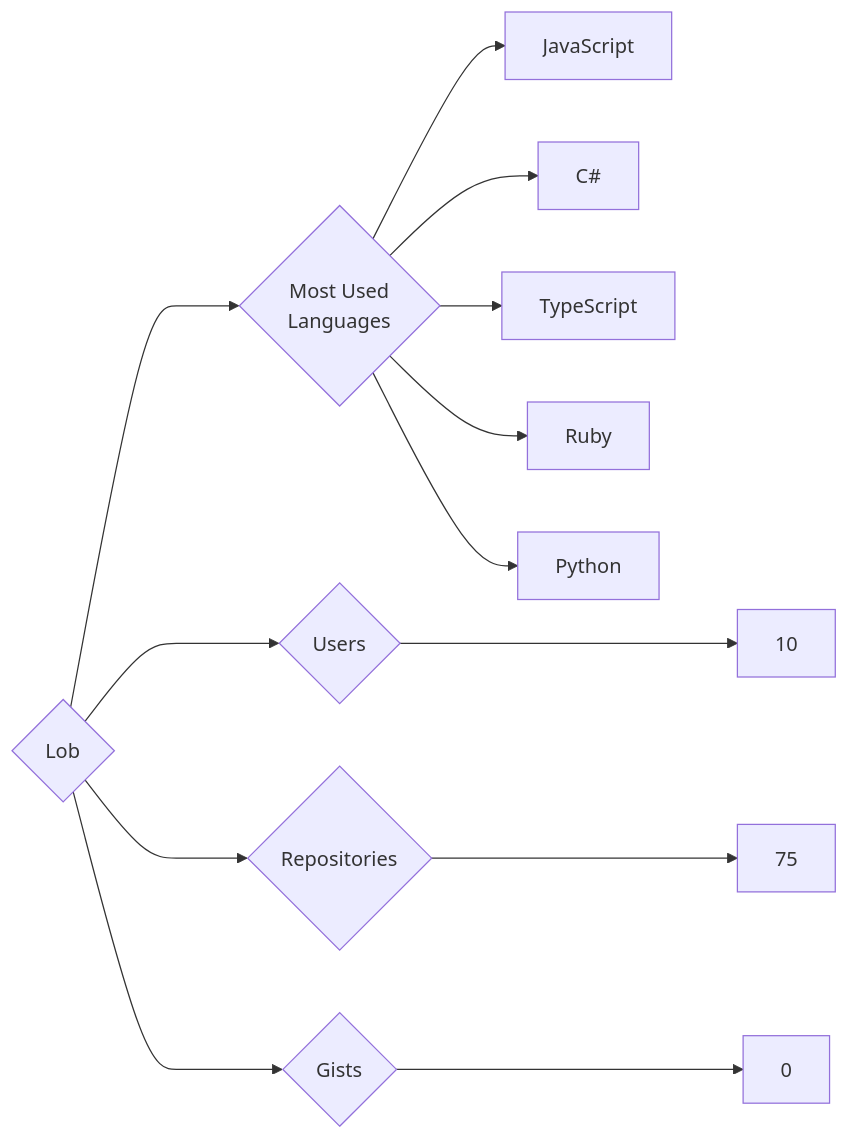
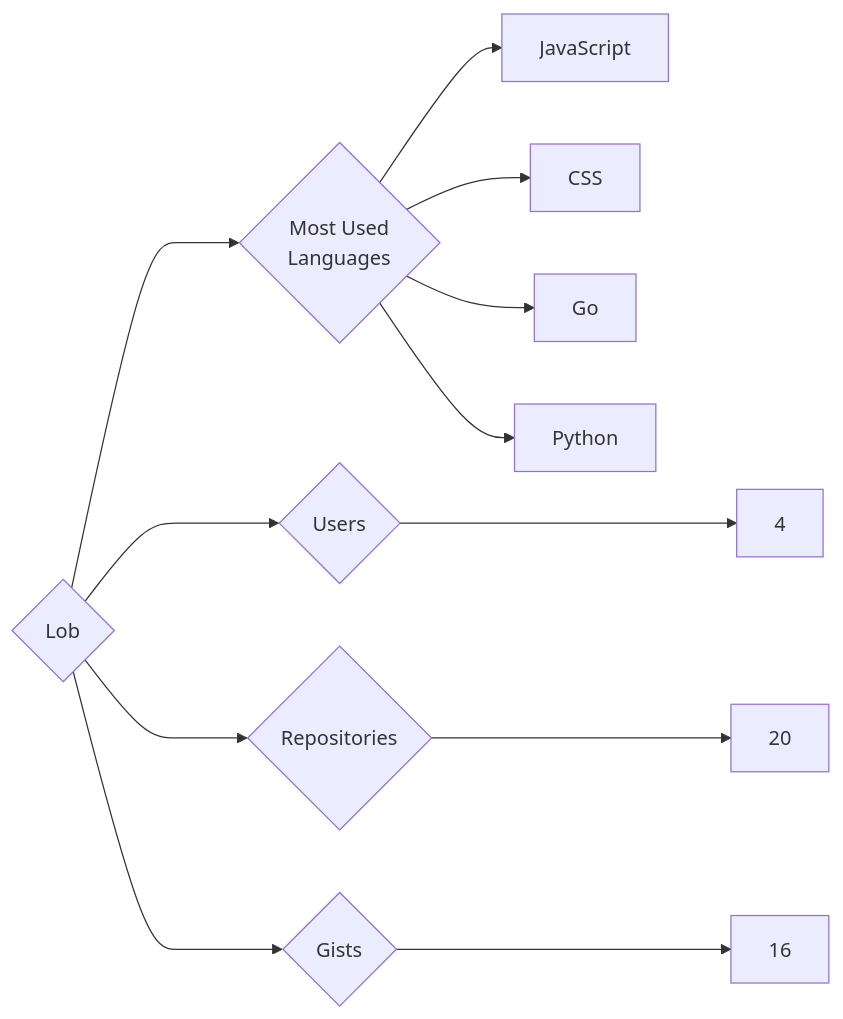
The diagram in targets/Lob/README.md (trickest/insiders), drawn with Mermaid before and after one commit. The commit also changed 984 other files, not shown here.

````diff
--- a/targets/Lob/README.md
+++ b/targets/Lob/README.md
@@ -3,13 +3,12 @@
 ```mermaid
 graph LR
 COMPANY_NAME{Lob}
-COMPANY_NAME ---> U{Users} ---> UN[10]
-COMPANY_NAME ---> R{Repositories} ---> RN[75]
-COMPANY_NAME ---> G{Gists} ---> GN[0]
+COMPANY_NAME ---> U{Users} ---> UN[4]
+COMPANY_NAME ---> R{Repositories} ---> RN[20]
+COMPANY_NAME ---> G{Gists} ---> GN[16]
 COMPANY_NAME ---> ML{Most Used<br>Languages}
 ML --> JavaScript[JavaScript]
-ML --> C#[C#]
-ML --> TypeScript[TypeScript]
-ML --> Ruby[Ruby]
+ML --> CSS[CSS]
+ML --> Go[Go]
 ML --> Python[Python]
 ```
````
